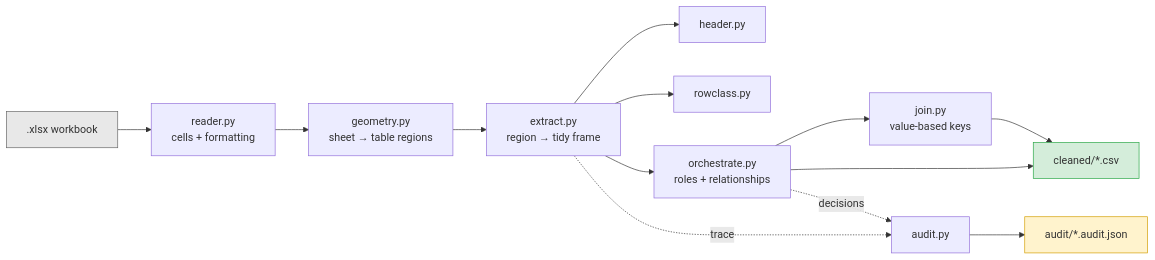
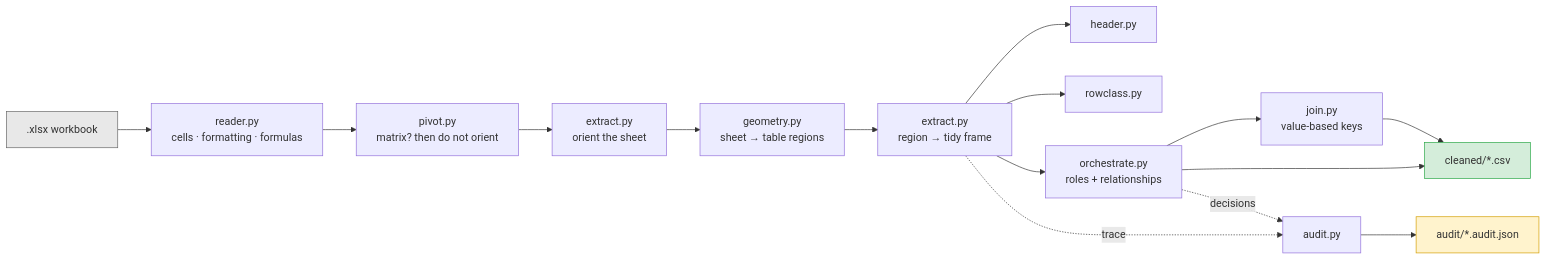
One commit to rahul-neogi-exavalu/Dirty_excel_cleaner changed the first of 4 diagrams in ARCHITECTURE.md. Above: the diagram before and after it, drawn with Mermaid. The commit also changed other lines of this file and 127 other files, not shown here.

````diff
--- a/ARCHITECTURE.md
+++ b/ARCHITECTURE.md
@@ -17,19 +26,21 @@
 ```mermaid
 flowchart LR
-    XLSX[".xlsx workbook"] --> R["reader.py<br/>cells + formatting"]
-    R --> G["geometry.py<br/>sheet → table regions"]
+    XLSX[".xlsx workbook"] --> R["reader.py<br/>cells · formatting · formulas"]
+    R --> P["pivot.py<br/>matrix? then do not orient"]
+    P --> O1["extract.py<br/>orient the sheet"]
+    O1 --> G["geometry.py<br/>sheet → table regions"]
     G --> E["extract.py<br/>region → tidy frame"]
     E --> H["header.py"]
     E --> RC["rowclass.py"]
-    E --> O["orchestrate.py<br/>roles + relationships"]
-    O --> J["join.py<br/>value-based keys"]
-    O --> CSV["cleaned/*.csv"]
+    E --> ORC["orchestrate.py<br/>roles + relationships"]
+    ORC --> J["join.py<br/>value-based keys"]
+    ORC --> CSV["cleaned/*.csv"]
     J --> CSV
     E -. trace .-> A["audit.py"]
-    O -. decisions .-> A
+    ORC -. decisions .-> A
     A --> JSON["audit/*.audit.json"]
 
     style XLSX fill:#e8e8e8,stroke:#666
     style CSV fill:#d4edda,stroke:#28a745
     style JSON fill:#fff3cd,stroke:#d39e00
 ```
````
